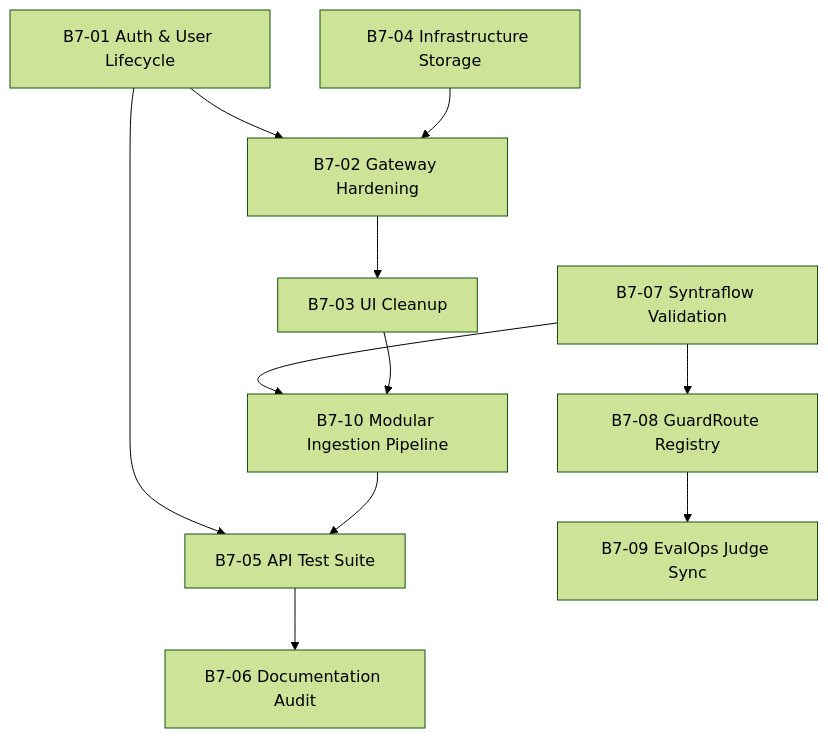
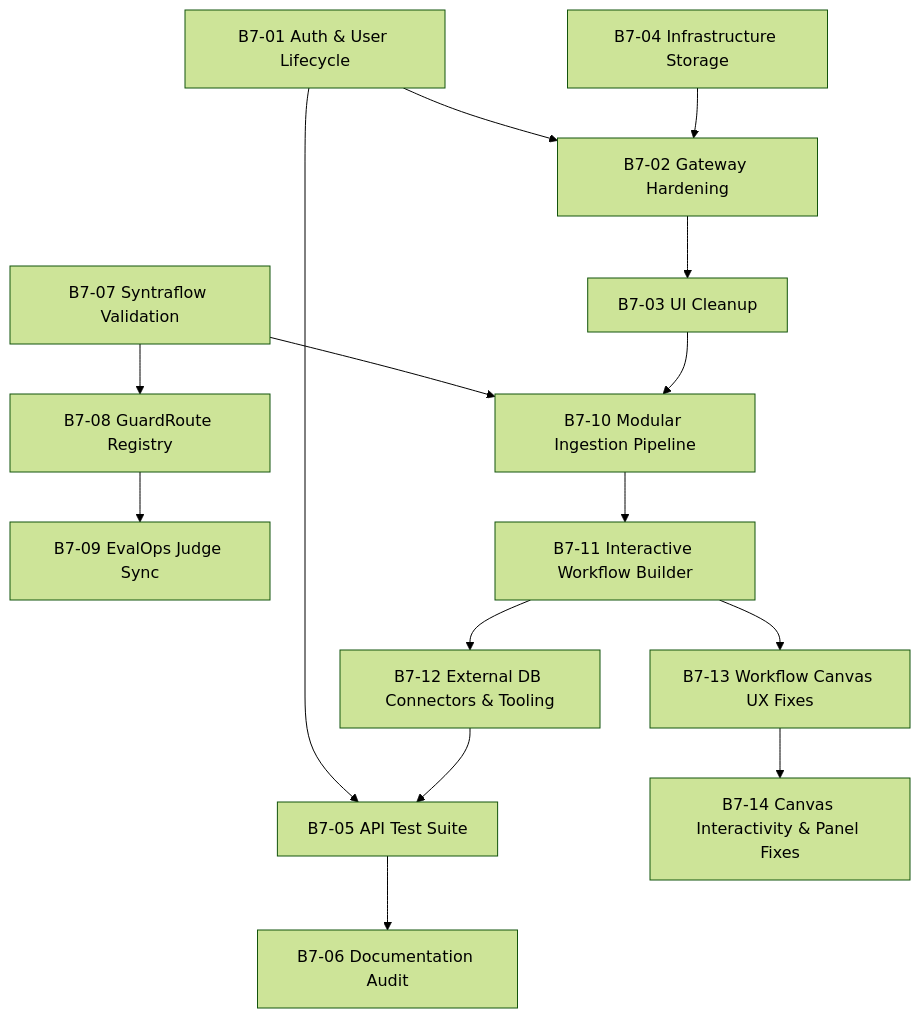
Before and after one commit to AkshatTilak/agent_buildable_base: the diagram in tasks/v7/tasks.md, drawn with Mermaid (forest theme). The commit also changed other lines of this file and 26 other files, not shown here.

Commit message:
feat: define V7 architectural requirements, workflow database integration, and hub tenancy models

````diff
--- a/tasks/v7/tasks.md
+++ b/tasks/v7/tasks.md
@@ -37,13 +41,17 @@
 ```mermaid
 graph TD
     B01[B7-01 Auth & User Lifecycle] --> B02[B7-02 Gateway Hardening]
     B01 --> B05[B7-05 API Test Suite]
     B02 --> B03[B7-03 UI Cleanup]
     B04[B7-04 Infrastructure Storage] --> B02
     B07[B7-07 Syntraflow Validation] --> B08[B7-08 GuardRoute Registry]
     B08 --> B09[B7-09 EvalOps Judge Sync]
     B07 --> B10[B7-10 Modular Ingestion Pipeline]
     B03 --> B10
-    B10 --> B05
+    B10 --> B11[B7-11 Interactive Workflow Builder]
+    B11 --> B12[B7-12 External DB Connectors & Tooling]
+    B11 --> B13[B7-13 Workflow Canvas UX Fixes]
+    B13 --> B14[B7-14 Canvas Interactivity & Panel Fixes]
+    B12 --> B05
     B05 --> B06[B7-06 Documentation Audit]
 ```
````
